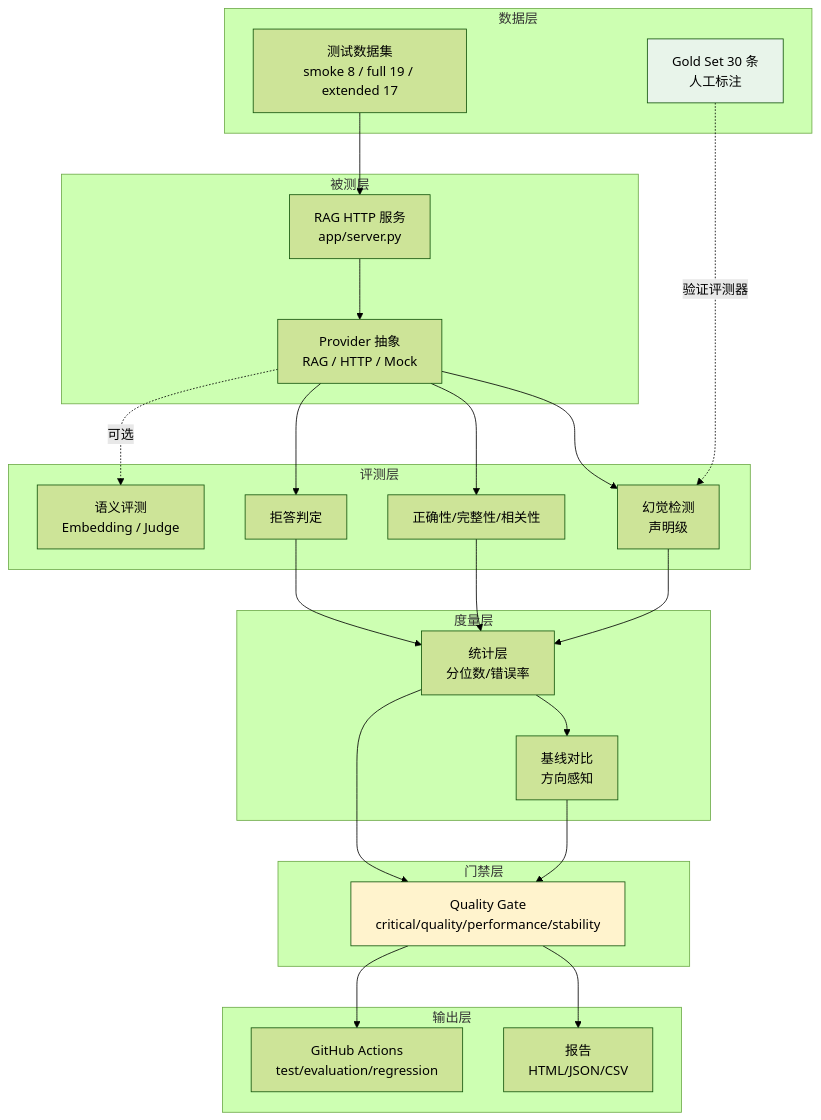
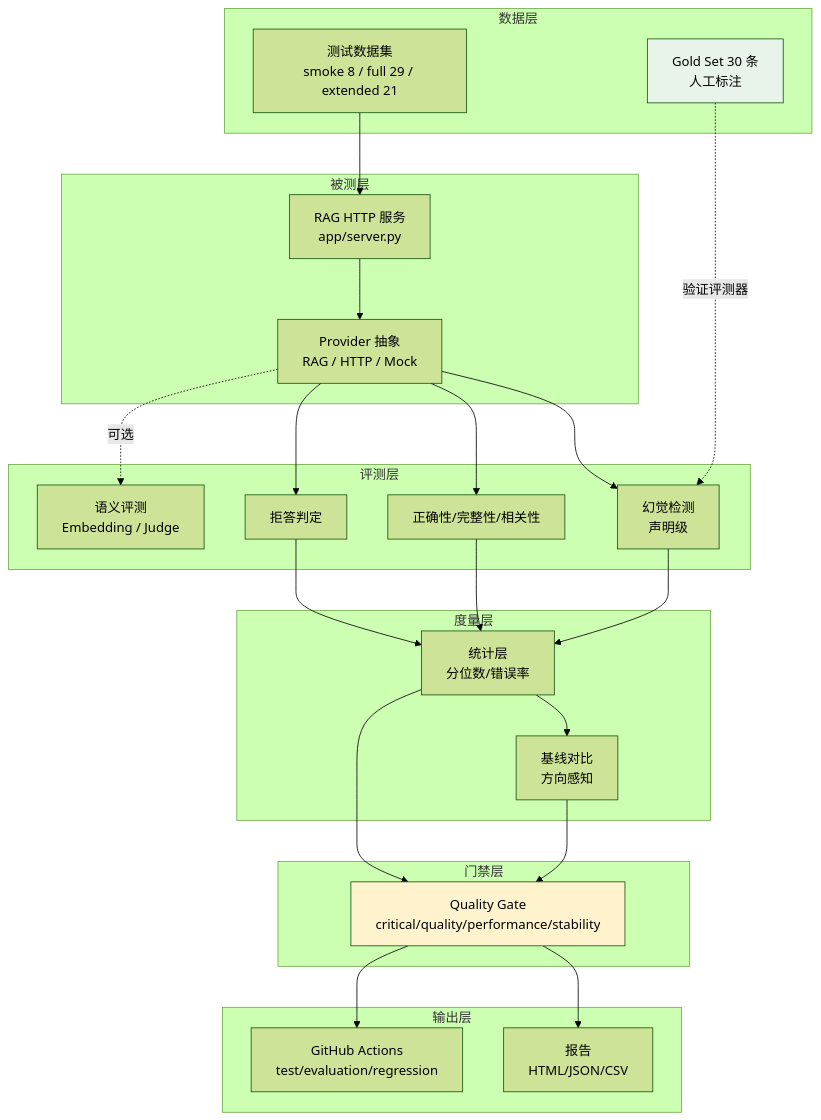
The diagram in README.md (ouuna/llm-eval-quality), drawn with Mermaid (forest theme) before and after one commit. The commit also changed other lines of this file and 15 other files, not shown here.

````diff
--- a/README.md
+++ b/README.md
@@ -55,52 +55,52 @@
 ```mermaid
 graph TB
     subgraph 数据层
-        DS["测试数据集<br/>smoke 8 / full 19 / extended 17"]
+        DS["测试数据集<br/>smoke 8 / full 29 / extended 21"]
         GS["Gold Set 30 条<br/>人工标注"]
     end
 
     subgraph 被测层
         API["RAG HTTP 服务<br/>app/server.py"]
         PROV["Provider 抽象<br/>RAG / HTTP / Mock"]
     end
 
     subgraph 评测层
         FAITH["幻觉检测<br/>声明级"]
         CORR["正确性/完整性/相关性"]
         REF["拒答判定"]
         SEM["语义评测<br/>Embedding / Judge"]
     end
 
     subgraph 度量层
         MET["统计层<br/>分位数/错误率"]
         BASE["基线对比<br/>方向感知"]
     end
 
     subgraph 门禁层
         GATE["Quality Gate<br/>critical/quality/performance/stability"]
     end
 
     subgraph 输出层
         RPT["报告<br/>HTML/JSON/CSV"]
         CI["GitHub Actions<br/>test/evaluation/regression"]
     end
 
     DS --> API
     API --> PROV
     PROV --> FAITH
     PROV --> CORR
     PROV --> REF
     PROV -.可选.-> SEM
     FAITH --> MET
     CORR --> MET
     REF --> MET
     MET --> BASE
     BASE --> GATE
     MET --> GATE
     GATE --> RPT
     GATE --> CI
     GS -.验证评测器.-> FAITH
 
     style GS fill:#e8f4ea
     style GATE fill:#fff3cd
 ```
````
